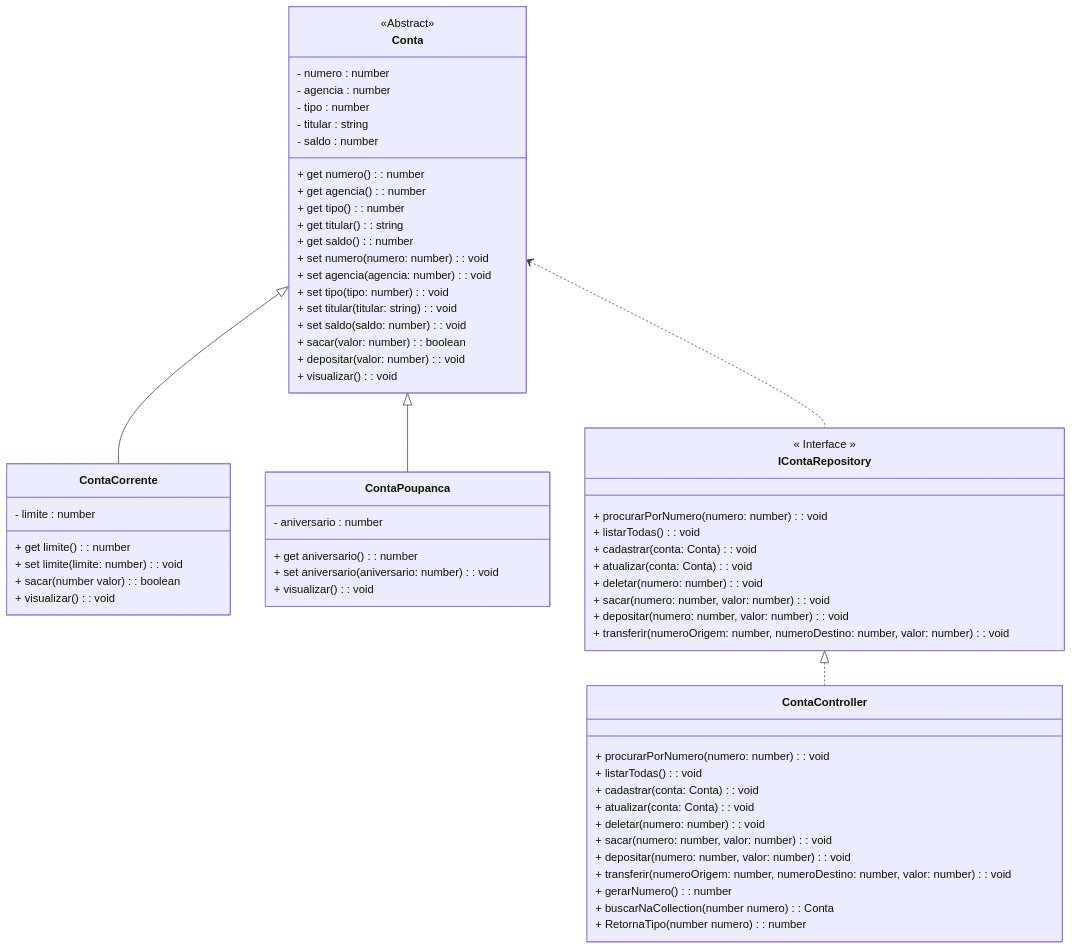
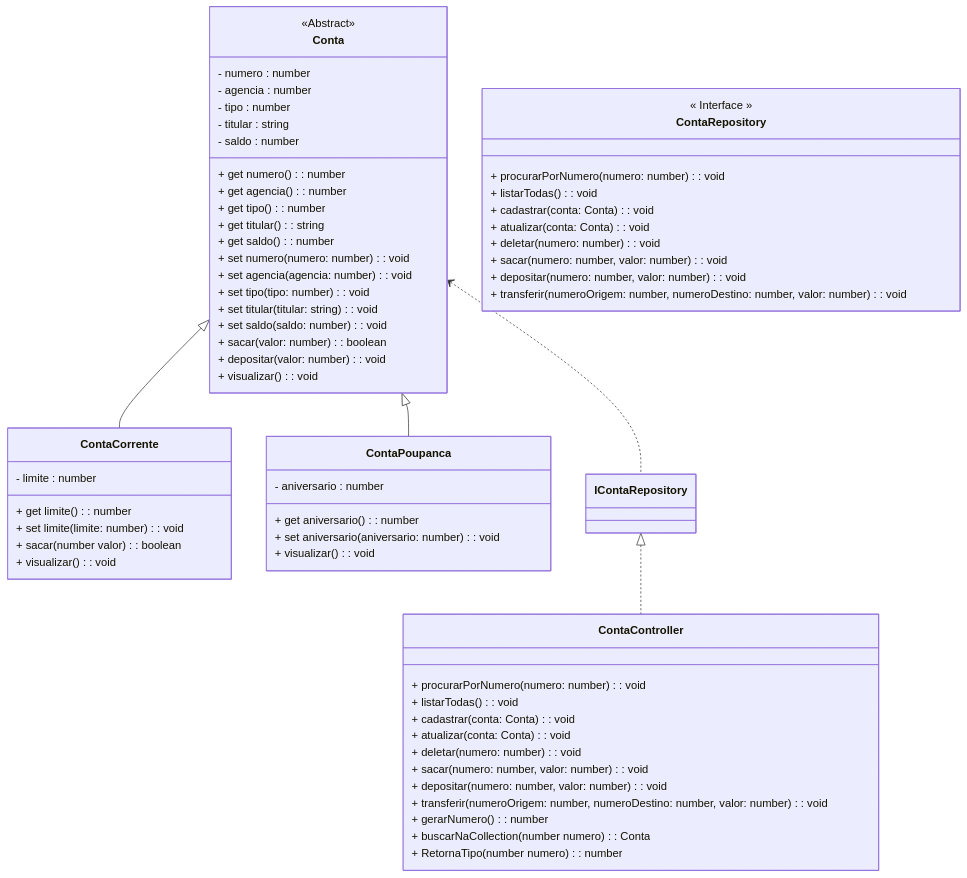
Before and after one commit to conteudoGeneration/cookbook_javascript: the diagram in 01_javascript/pr07.md, drawn with Mermaid.

````diff
--- a/01_javascript/pr07.md
+++ b/01_javascript/pr07.md
@@ -11,65 +11,65 @@
 ```mermaid
 classDiagram
 class Conta {
 <<Abstract>>
   - numero : number
   - agencia : number
   - tipo : number
   - titular : string
   - saldo : number
   + get numero(): number
   + get agencia(): number
   + get tipo(): number
   + get titular(): string
   + get saldo(): number
   + set numero(numero: number): void
   + set agencia(agencia: number): void
   + set tipo(tipo: number): void
   + set titular(titular: string): void
   + set saldo(saldo: number): void
   + sacar(valor: number): boolean
   + depositar(valor: number): void
   + visualizar(): void
 }
 class ContaCorrente {
   - limite : number
   + get limite(): number
   + set limite(limite: number): void
   + sacar(number valor): boolean
   + visualizar(): void
 }
 class ContaPoupanca {
   - aniversario : number
   + get aniversario(): number
   + set aniversario(aniversario: number): void
   + visualizar(): void
 }
-class IContaRepository{
+class ContaRepository{
 << Interface >>
 + procurarPorNumero(numero: number): void
 + listarTodas(): void
 + cadastrar(conta: Conta): void
 + atualizar(conta: Conta): void
 + deletar(numero: number): void
 + sacar(numero: number, valor: number): void
 + depositar(numero: number, valor: number): void
 + transferir(numeroOrigem: number, numeroDestino: number, valor: number): void
 }
 class ContaController{
 + procurarPorNumero(numero: number): void
 + listarTodas(): void
 + cadastrar(conta: Conta): void
 + atualizar(conta: Conta): void
 + deletar(numero: number): void
 + sacar(numero: number, valor: number): void
 + depositar(numero: number, valor: number): void
 + transferir(numeroOrigem: number, numeroDestino: number, valor: number): void
 + gerarNumero(): number
 + buscarNaCollection(number numero): Conta
 + RetornaTipo(number numero): number
 }
 Conta <|-- ContaCorrente
 Conta <|-- ContaPoupanca
 Conta <.. IContaRepository
 IContaRepository <|.. ContaController
 ```
````
